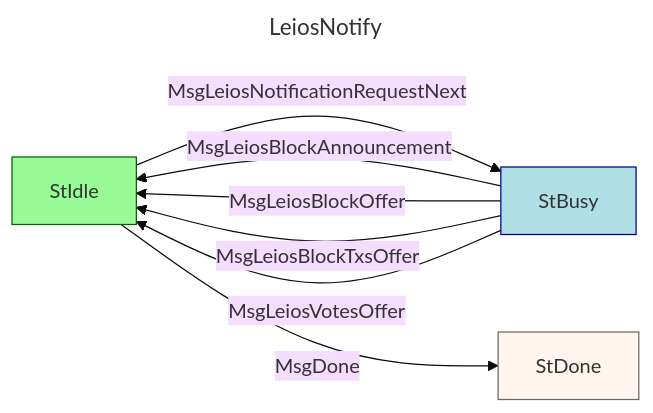
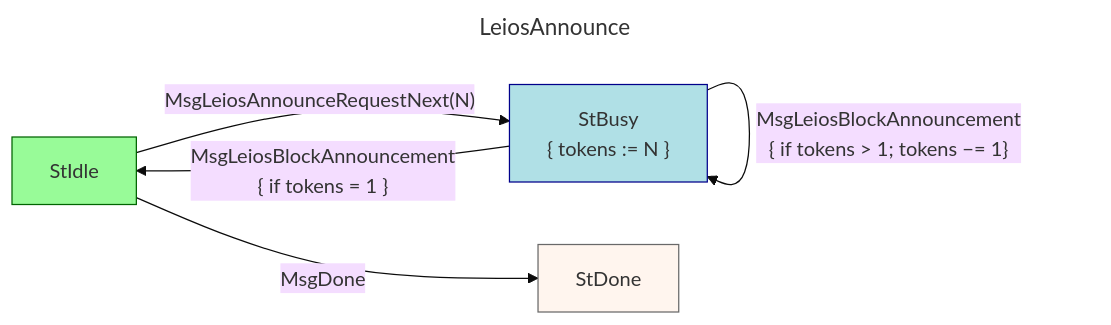
The first of 4 diagrams in CIP-0164/README.md (cardano-foundation/CIPs), drawn with Mermaid (base theme) before and after one commit. The commit also changed other lines of this file, not shown here.

First line of the commit message:
CIP-0164 | Refine Leios protocols based on buidlerfest discussions (#1167)

````diff
--- a/CIP-0164/README.md
+++ b/CIP-0164/README.md
@@ -1251,17 +1254,17 @@
 ```mermaid
 ---
-title: LeiosNotify
+title: LeiosAnnounce
 ---
 graph LR
    style StIdle fill:PaleGreen,stroke:DarkGreen;
    style StBusy fill:PowderBlue,stroke:DarkBlue;
    style StDone fill:SeaShell,stroke:DimGray;
 
-   StIdle -->|MsgLeiosNotificationRequestNext| StBusy
-   StBusy -->|MsgLeiosBlockAnnouncement| StIdle
-   StBusy -->|MsgLeiosBlockOffer| StIdle
-   StBusy -->|MsgLeiosBlockTxsOffer| StIdle
-   StBusy -->|MsgLeiosVotesOffer| StIdle
+   StBusy["StBusy<br>{ tokens := N }"]
+
+   StIdle -->|"MsgLeiosAnnounceRequestNext(N)"| StBusy
+   StBusy -->|"MsgLeiosBlockAnnouncement<br>{ if tokens > 1; tokens −= 1}"| StBusy
+   StBusy -->|"MsgLeiosBlockAnnouncement<br>{ if tokens = 1 }"| StIdle
 
    StIdle -->|MsgDone| StDone
 ```
````
